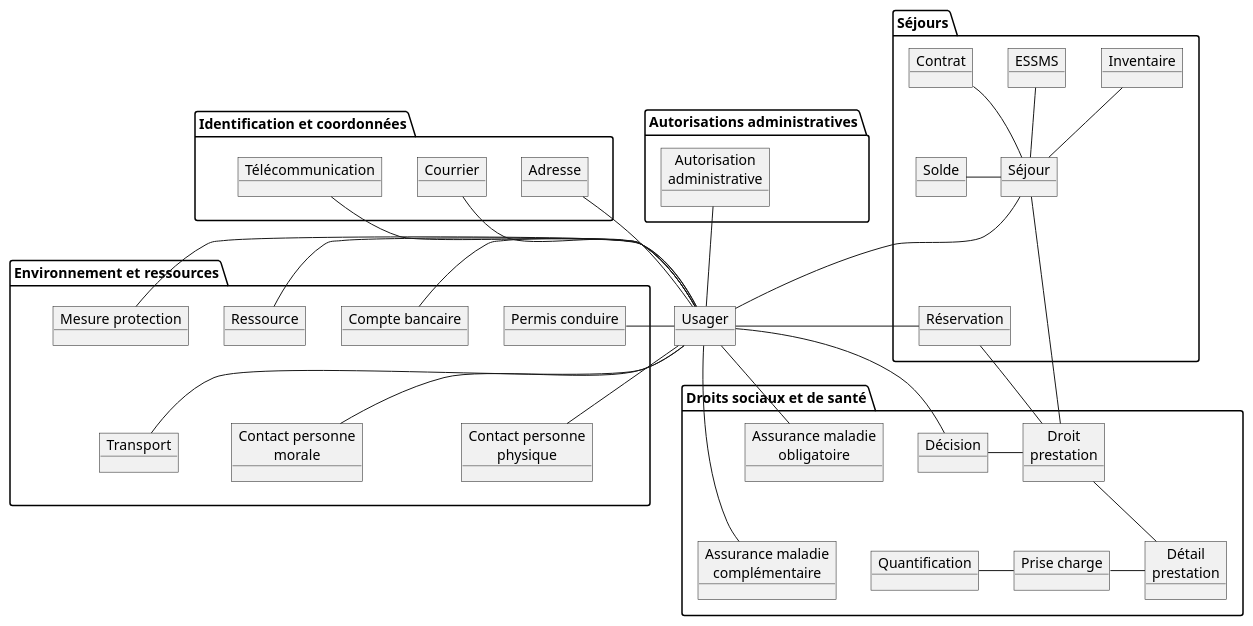
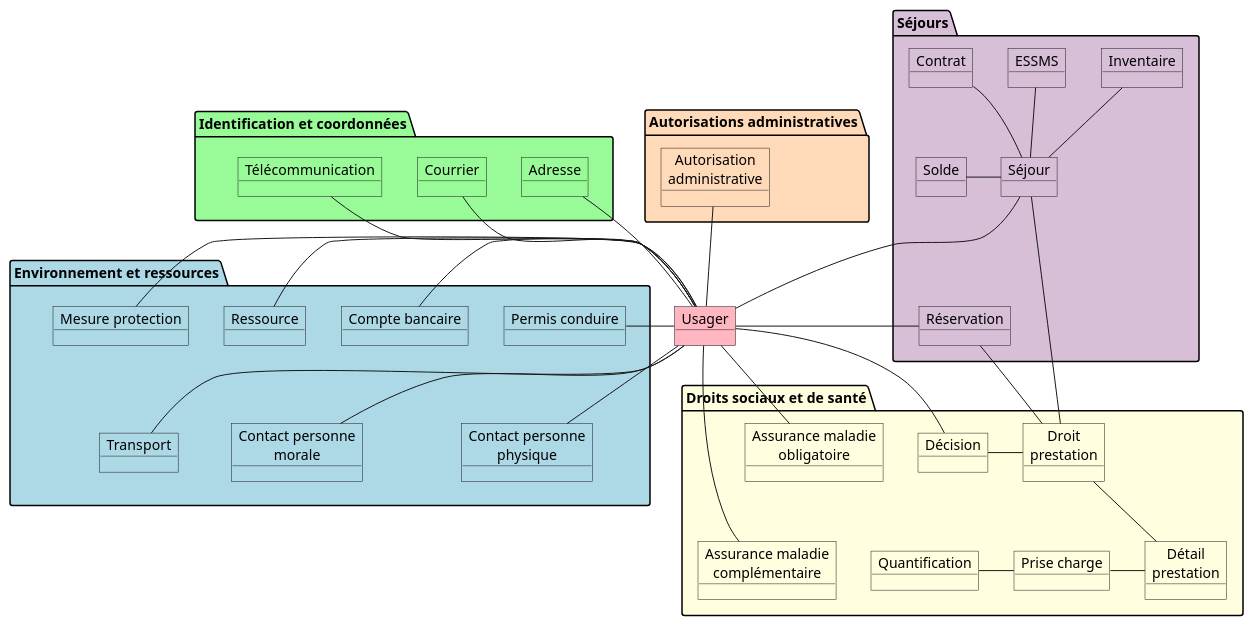
One commit to ansforge/IG-fhir-transfert-donnees-dui-esms changed the diagram in input/images-source/donnees_admin.plantuml. Above: the diagram before and after it, drawn with PlantUML. The commit also changed 8 other files, not shown here.

```diff
--- a/input/images-source/donnees_admin.plantuml
+++ b/input/images-source/donnees_admin.plantuml
@@ -1,90 +1,91 @@
 @startuml
 
-object Usager
+object Usager #LightPink
 
 
-package "Identification et coordonnées" as id {
-    object Courrier
-    object Adresse
-    object Télécommunication
+package "Identification et coordonnées" as id #PaleGreen {
+    object Courrier #PaleGreen
+    object Adresse #PaleGreen
+    object Télécommunication #PaleGreen
 }
 
 Télécommunication - Usager
 Adresse - Usager
 Courrier - Usager
 
-package "Autorisations administratives" as Auto {
-    object "Autorisation\nadministrative" as auto
+
+package "Autorisations administratives" as Auto #PeachPuff {
+    object "Autorisation\nadministrative" as auto #PeachPuff
 }
 
 auto -- Usager
 
 
-package "Droits sociaux et de santé" as Droit {
-    object "Assurance maladie\ncomplémentaire" as assC
-    object "Assurance maladie\nobligatoire" as assO
-    object Décision 
-    object "Droit\nprestation" as presta
-    object "Détail\nprestation" as detail
-    object "Prise charge" as pc
-    object Quantification
+package "Droits sociaux et de santé" as Droit #LightYellow {
+    object "Assurance maladie\ncomplémentaire" as assC #LightYellow
+    object "Assurance maladie\nobligatoire" as assO #LightYellow
+    object Décision #LightYellow
+    object "Droit\nprestation" as presta #LightYellow
+    object "Détail\nprestation" as detail #LightYellow
+    object "Prise charge" as pc #LightYellow
+    object Quantification #LightYellow
 }
 
 Usager -- assC
 Usager -- assO
 Usager -- Décision
 Décision - presta
 presta -- detail
 pc - detail
 Quantification - pc
 
 assO -[hidden]- assC
 
 
-package Séjours {
-    object Séjour
-    object Solde
-    object Réservation 
-    object Inventaire
-    object ESSMS
-    object Contrat
+package Séjours #Thistle {
+    object Séjour #Thistle
+    object Solde #Thistle
+    object Réservation #Thistle
+    object Inventaire #Thistle
+    object ESSMS #Thistle
+    object Contrat #Thistle
 }
 
 Usager - Séjour
 Solde - Séjour
 Inventaire -- Séjour
 ESSMS -- Séjour
 Contrat -- Séjour
 Réservation -- Usager
 Réservation -- presta
 Séjour -- presta
 
 Séjour -[hidden]- Réservation
 
 
-package "Environnement et ressources" as Env {
-    object "Contact personne\nmorale" as contactM
-    object "Contact personne\nphysique" as contactP
-    object "Permis conduire" as permis
-    object Transport
-    object "Compte bancaire" as cb
-    object Ressource
-    object "Mesure protection" as mp
+package "Environnement et ressources" as Env #LightBlue {
+    object "Contact personne\nmorale" as contactM #LightBlue
+    object "Contact personne\nphysique" as contactP #LightBlue
+    object "Permis conduire" as permis #LightBlue
+    object Transport #LightBlue
+    object "Compte bancaire" as cb #LightBlue
+    object Ressource #LightBlue
+    object "Mesure protection" as mp #LightBlue
 }
 
 Usager - contactM
 Usager - contactP 
 Usager - permis 
 Usager - Transport 
 Usager - cb
 Usager - Ressource
 Usager - mp
 
 cb -[hidden]- contactP
 Ressource -[hidden]- contactM
 mp -[hidden]- Transport
 
 
 id -[hidden]- Env
 
 @enduml
```
